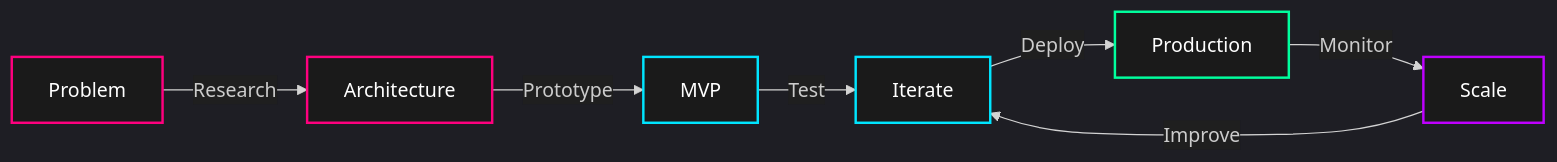
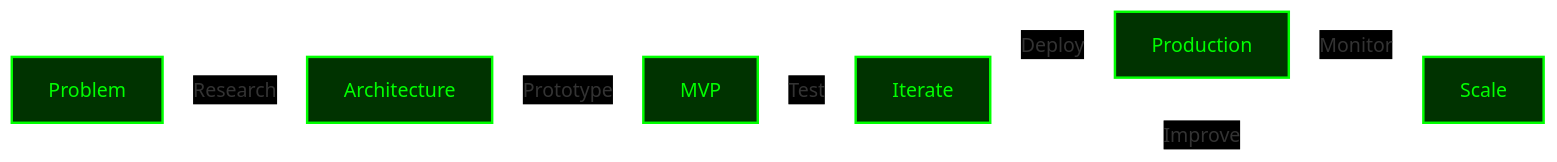
One commit to jaiswalraj03014/jaiswalraj03014 changed the diagram in README.md. Above: the diagram before and after it, drawn with Mermaid.

Commit message:
Update mermaid diagram styles in README.md

````diff
--- a/README.md
+++ b/README.md
@@ -141,20 +141,16 @@
 ```mermaid
-%%{init: {'theme': 'dark', 'themeVariables': { 'primaryColor': '#2b2b2b', 'edgeLabelBackground':'#1f1f1f', 'tertiaryColor': '#1f1f1f'}}}%%
+%%{init: {'theme': 'base', 'themeVariables': { 'primaryColor': '#00ff00', 'background': '#000000', 'mainBkg': '#000000', 'edgeLabelBackground':'#000000', 'tertiaryColor': '#000000'}}}%%
 graph LR
     A[Problem] -->|Research| B[Architecture]
     B -->|Prototype| C[MVP]
     C -->|Test| D[Iterate]
     D -->|Deploy| E[Production]
     E -->|Monitor| F[Scale]
     F -->|Improve| D
 
-    classDef neonPink fill:#1a1a1a,stroke:#ff007f,stroke-width:2px,color:#fff;
-    classDef neonBlue fill:#1a1a1a,stroke:#00e5ff,stroke-width:2px,color:#fff;
-    classDef neonGreen fill:#1a1a1a,stroke:#00ff9d,stroke-width:2px,color:#fff;
-    classDef neonPurp fill:#1a1a1a,stroke:#bf00ff,stroke-width:2px,color:#fff;
+    %% Define a single "hacking green" style for all nodes
+    classDef hackingGreen fill:#003300,stroke:#00ff00,stroke-width:2px,color:#00ff00;
 
-    class A,B neonPink
-    class C,D neonBlue
-    class E neonGreen
-    class F neonPurp
+    %% Apply the new style to all nodes
+    class A,B,C,D,E,F hackingGreen
 ```
````
